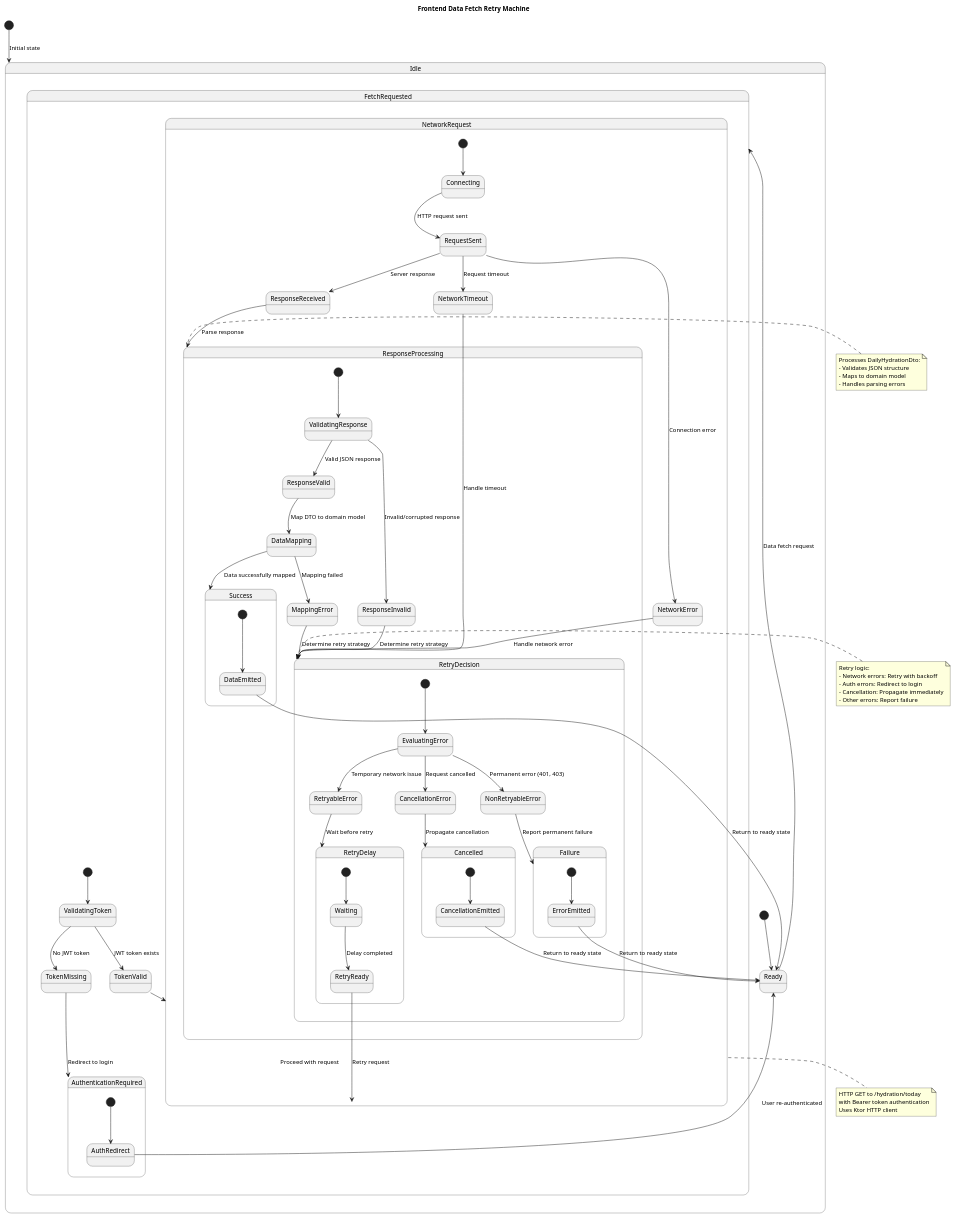
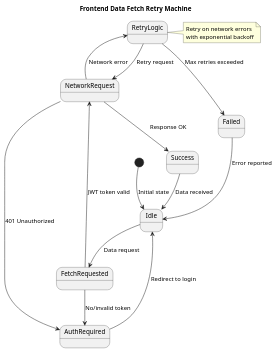
The diagram in state_diagrams/3_frontend_data_fetch_retry_machine.puml (CS30500/Diagrams), drawn with PlantUML before and after one commit. The commit also changed 6 other files, not shown here.

Commit message:
state diagram

```diff
--- a/state_diagrams/3_frontend_data_fetch_retry_machine.puml
+++ b/state_diagrams/3_frontend_data_fetch_retry_machine.puml
@@ -1,105 +1,27 @@
 @startuml Frontend Data Fetch Retry Machine
 
 title Frontend Data Fetch Retry Machine
 
 [*] --> Idle : Initial state
+Idle --> FetchRequested : Data request
 
-state Idle {
-    [*] --> Ready
-    Ready --> FetchRequested : Data fetch request
-}
+FetchRequested --> NetworkRequest : JWT token valid
+FetchRequested --> AuthRequired : No/invalid token
 
-state FetchRequested {
-    [*] --> ValidatingToken
-    ValidatingToken --> TokenValid : JWT token exists
-    ValidatingToken --> TokenMissing : No JWT token
-    
-    TokenMissing --> AuthenticationRequired : Redirect to login
-    TokenValid --> NetworkRequest : Proceed with request
-}
+NetworkRequest --> Success : Response OK
+NetworkRequest --> RetryLogic : Network error
+NetworkRequest --> AuthRequired : 401 Unauthorized
 
-state NetworkRequest {
-    [*] --> Connecting
-    Connecting --> RequestSent : HTTP request sent
-    RequestSent --> ResponseReceived : Server response
-    RequestSent --> NetworkTimeout : Request timeout
-    RequestSent --> NetworkError : Connection error
-    
-    ResponseReceived --> ResponseProcessing : Parse response
-}
+RetryLogic --> NetworkRequest : Retry request
+RetryLogic --> Failed : Max retries exceeded
 
-state ResponseProcessing {
-    [*] --> ValidatingResponse
-    ValidatingResponse --> ResponseValid : Valid JSON response
-    ValidatingResponse --> ResponseInvalid : Invalid/corrupted response
-    
-    ResponseValid --> DataMapping : Map DTO to domain model
-    DataMapping --> Success : Data successfully mapped
-    DataMapping --> MappingError : Mapping failed
-    
-    ResponseInvalid --> RetryDecision : Determine retry strategy
-    MappingError --> RetryDecision : Determine retry strategy
-}
+Success --> Idle : Data received
+Failed --> Idle : Error reported
+AuthRequired --> Idle : Redirect to login
 
-state RetryDecision {
-    [*] --> EvaluatingError
-    EvaluatingError --> RetryableError : Temporary network issue
-    EvaluatingError --> NonRetryableError : Permanent error (401, 403)
-    EvaluatingError --> CancellationError : Request cancelled
-    
-    RetryableError --> RetryDelay : Wait before retry
-    NonRetryableError --> Failure : Report permanent failure
-    CancellationError --> Cancelled : Propagate cancellation
-}
-
-state RetryDelay {
-    [*] --> Waiting
-    Waiting --> RetryReady : Delay completed
-    RetryReady --> NetworkRequest : Retry request
-}
-
-state Success {
-    [*] --> DataEmitted
-    DataEmitted --> Ready : Return to ready state
-}
-
-state Failure {
-    [*] --> ErrorEmitted
-    ErrorEmitted --> Ready : Return to ready state
-}
-
-state Cancelled {
-    [*] --> CancellationEmitted
-    CancellationEmitted --> Ready : Return to ready state
-}
-
-state AuthenticationRequired {
-    [*] --> AuthRedirect
-    AuthRedirect --> Ready : User re-authenticated
-}
-
-NetworkTimeout --> RetryDecision : Handle timeout
-NetworkError --> RetryDecision : Handle network error
-
-note right of NetworkRequest
-  HTTP GET to /hydration/today
-  with Bearer token authentication
-  Uses Ktor HTTP client
-end note
-
-note right of RetryDecision
-  Retry logic:
-  - Network errors: Retry with backoff
-  - Auth errors: Redirect to login
-  - Cancellation: Propagate immediately
-  - Other errors: Report failure
-end note
-
-note left of ResponseProcessing
-  Processes DailyHydrationDto:
-  - Validates JSON structure
-  - Maps to domain model
-  - Handles parsing errors
+note right of RetryLogic
+  Retry on network errors
+  with exponential backoff
 end note
 
 @enduml 
```
